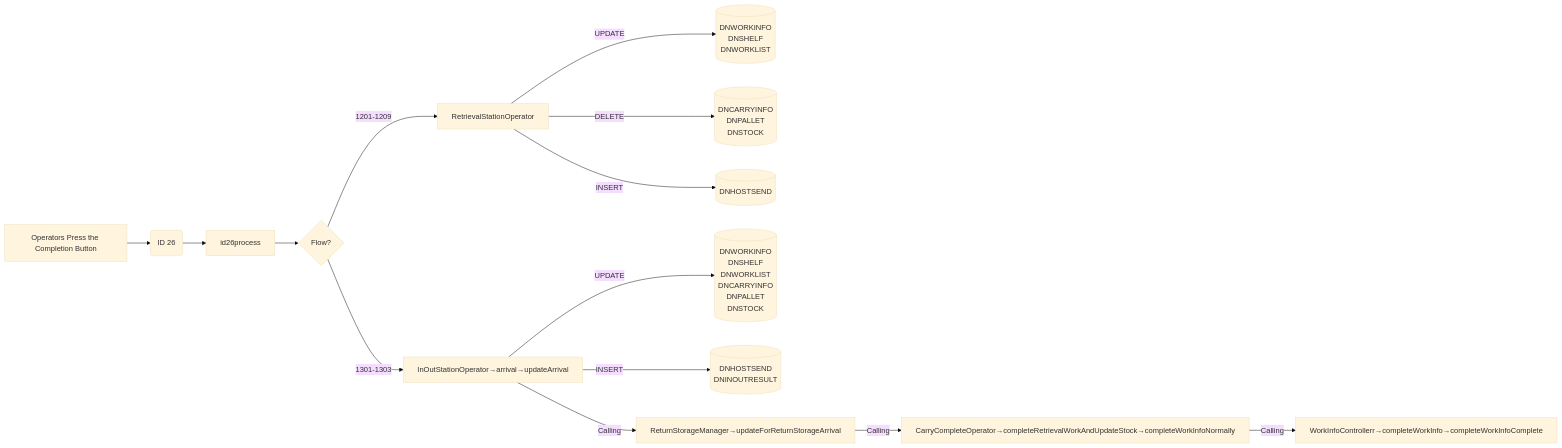
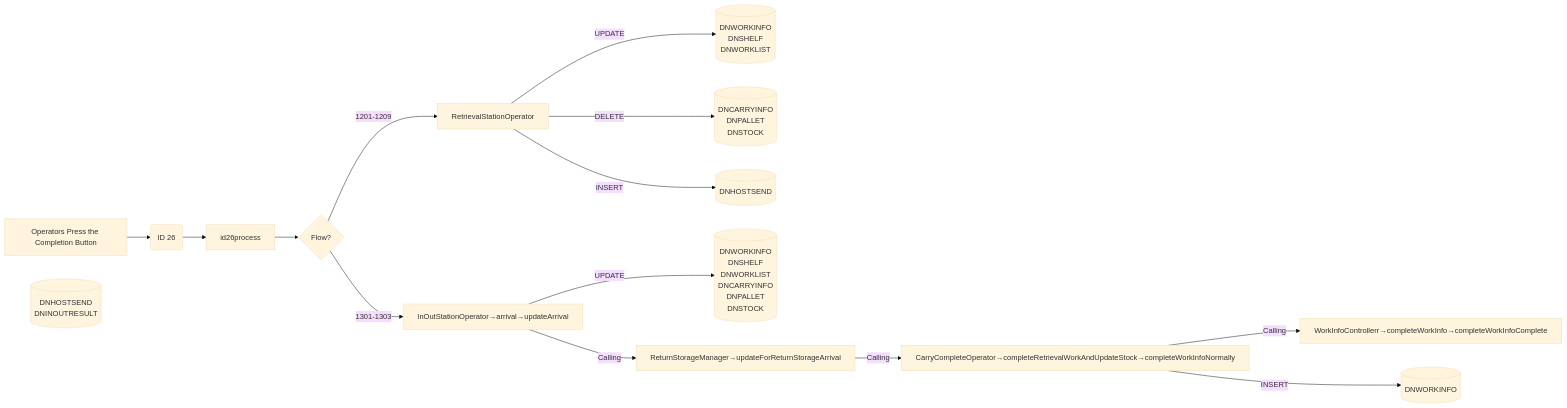
Before and after one commit to luthfiadityaa/SimeDarby-Wiki: diagram 19 of 19 in Basic-Design/DFD-WMS/Retrieval/Specific-Location-Retrieval-Setting.md, drawn with Mermaid (base theme).

Commit message:
Updated Specific Location Retrieval Setting

```diff
--- a/Basic-Design/DFD-WMS/Retrieval/Specific-Location-Retrieval-Setting.md
+++ b/Basic-Design/DFD-WMS/Retrieval/Specific-Location-Retrieval-Setting.md
@@ -836,61 +836,65 @@
 ::: mermaid
 flowchart LR
 
 buttonclicked["
 Operators Press the Completion Button
 "]
 
 id26msg("
 ID 26
 ")
 
 
 id26-updateRt[("
 DNWORKINFO
 DNSHELF
 DNWORKLIST
 ")]
 
 id26-deleteRt[("
 DNCARRYINFO
 DNPALLET
 DNSTOCK
 ")]
 
 id26-insertRt[("
 DNHOSTSEND
 ")]
 
 id26-updateIo[("
 DNWORKINFO
 DNSHELF
 DNWORKLIST
 DNCARRYINFO
 DNPALLET
 DNSTOCK
 ")]
 
 id26-insertIo[("
 DNHOSTSEND
 DNINOUTRESULT
 ")]
 
+id26-updateIoNew[("
+DNWORKINFO
+")]
+
 id26process[id26process]
 
 buttonclicked --> id26msg
 id26msg -->id26process-->Cond1{Flow?}
 
 RetrievalStationOperator--> |INSERT| id26-insertRt 
 RetrievalStationOperator--> |UPDATE| id26-updateRt 
 RetrievalStationOperator--> |DELETE| id26-deleteRt 
 
 Cond1{Flow?} --> |1201-1209| RetrievalStationOperator
 Cond1{Flow?} --> |1301-1303| P2[InOutStationOperator→arrival→updateArrival]
 
 P2 --> |Calling| P3[ReturnStorageManager→updateForReturnStorageArrival]
 P3 --> |Calling| P4[CarryCompleteOperator→completeRetrievalWorkAndUpdateStock→completeWorkInfoNormally]
 P4 --> |Calling| P5[WorkInfoControllerr→completeWorkInfo→completeWorkInfoComplete]
-P2 --> |INSERT| id26-insertIo
+P4 --> |INSERT| id26-updateIoNew
 P2 --> |UPDATE| id26-updateIo
 
 :::
```
